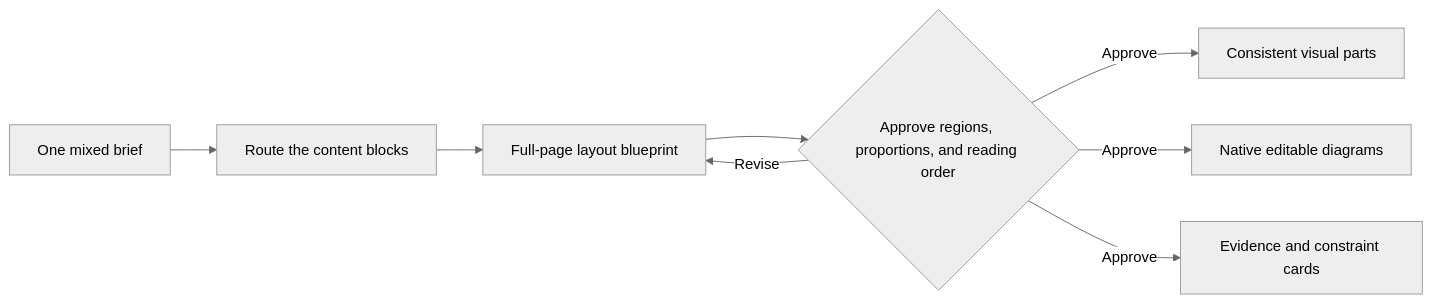
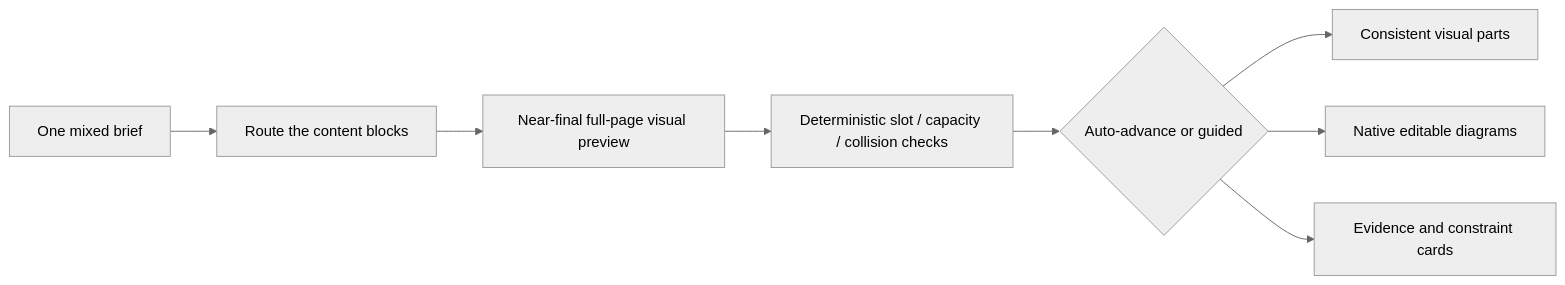
The second of 2 diagrams in README.en.md (suud003/Cowart), drawn with Mermaid (neutral theme) before and after one commit. The commit also changed other lines of this file and 34 other files, not shown here.

Commit message:
feat(auto-compose): add full-page previews and auto advance

````diff
--- a/README.en.md
+++ b/README.en.md
@@ -95,10 +100,10 @@
 ```mermaid
 flowchart LR
   A["One mixed brief"] --> B["Route the content blocks"]
-  B --> C["Full-page layout blueprint"]
-  C --> D{"Approve regions, proportions, and reading order"}
-  D -->|Revise| C
-  D -->|Approve| E["Consistent visual parts"]
-  D -->|Approve| F["Native editable diagrams"]
-  D -->|Approve| G["Evidence and constraint cards"]
+  B --> C["Near-final full-page visual preview"]
+  C --> D["Deterministic slot / capacity / collision checks"]
+  D --> E{"Auto-advance or guided"}
+  E --> F["Consistent visual parts"]
+  E --> G["Native editable diagrams"]
+  E --> H["Evidence and constraint cards"]
 ```
````
